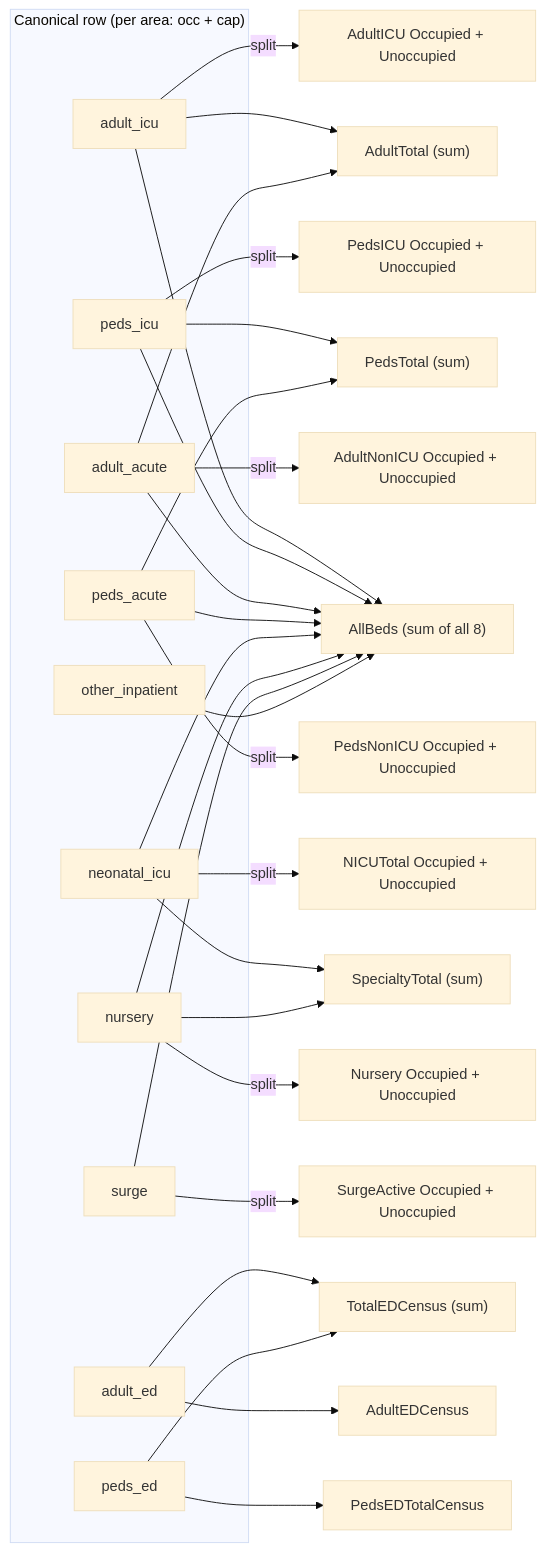
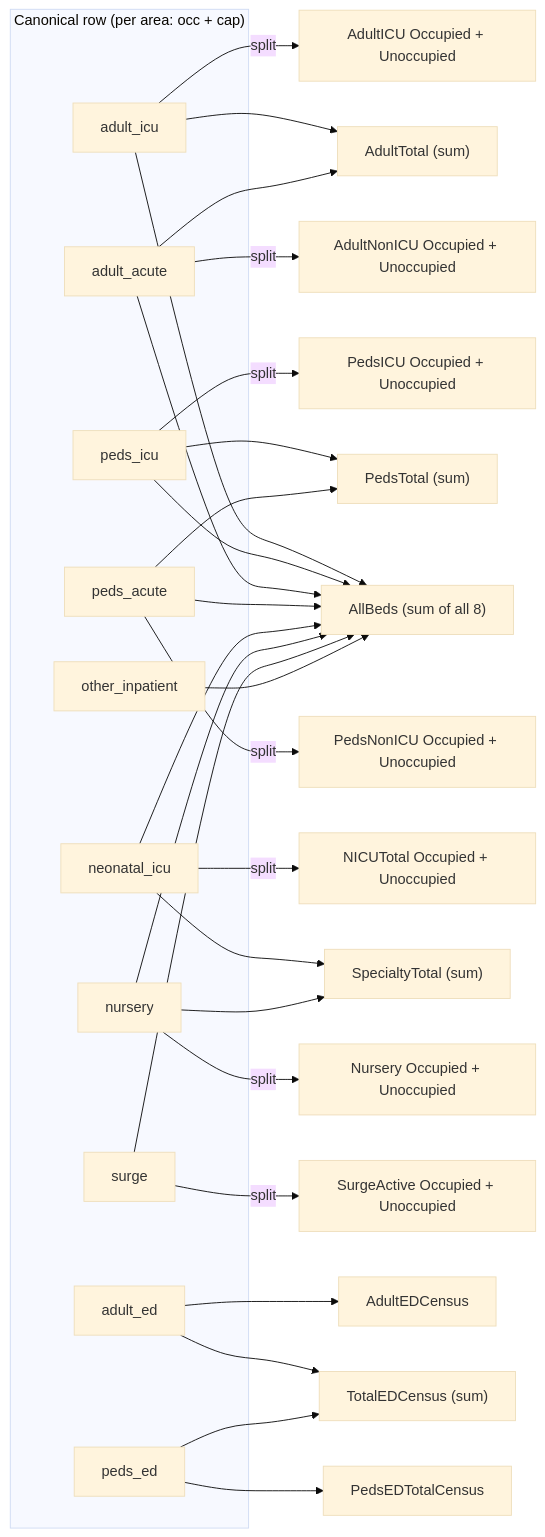
The diagram in README.md (uwcirg/wahealth-csv-to-safr-fhir), drawn with Mermaid (base theme) before and after one commit. The commit also changed other lines of this file, not shown here.

Commit message:
Refine diagram - layout to improve lines.

````diff
--- a/README.md
+++ b/README.md
@@ -70,32 +70,32 @@
 ```mermaid
 flowchart LR
     subgraph CR["Canonical row (per area: occ + cap)"]
       AI[adult_icu]
+      AA[adult_acute]
       PI[peds_icu]
-      AA[adult_acute]
       PA[peds_acute]
       NI[neonatal_icu]
       NU[nursery]
       SU[surge]
       OT[other_inpatient]
       AE[adult_ed]
       PE[peds_ed]
     end
 
     AI -->|split| G1["AdultICU Occupied + Unoccupied"]
+    AA -->|split| G3["AdultNonICU Occupied + Unoccupied"]
     PI -->|split| G2["PedsICU Occupied + Unoccupied"]
-    AA -->|split| G3["AdultNonICU Occupied + Unoccupied"]
     PA -->|split| G4["PedsNonICU Occupied + Unoccupied"]
     NI -->|split| G5["NICUTotal Occupied + Unoccupied"]
     NU -->|split| G6["Nursery Occupied + Unoccupied"]
     SU -->|split| G7["SurgeActive Occupied + Unoccupied"]
 
     AI & AA --> AT["AdultTotal (sum)"]
     PI & PA --> PT["PedsTotal (sum)"]
     NI & NU --> ST["SpecialtyTotal (sum)"]
     AI & PI & AA & PA & NI & NU & SU & OT --> AB["AllBeds (sum of all 8)"]
 
     AE --> AED[AdultEDCensus]
+    AE & PE --> TED["TotalEDCensus (sum)"]
     PE --> PED[PedsEDTotalCensus]
-    AE & PE --> TED["TotalEDCensus (sum)"]
 ```
````
